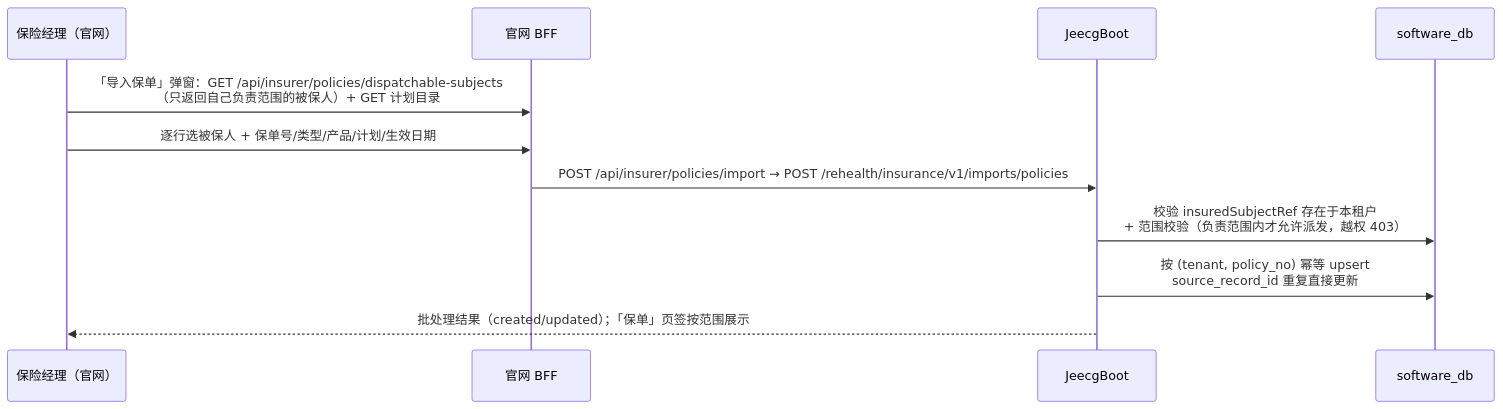
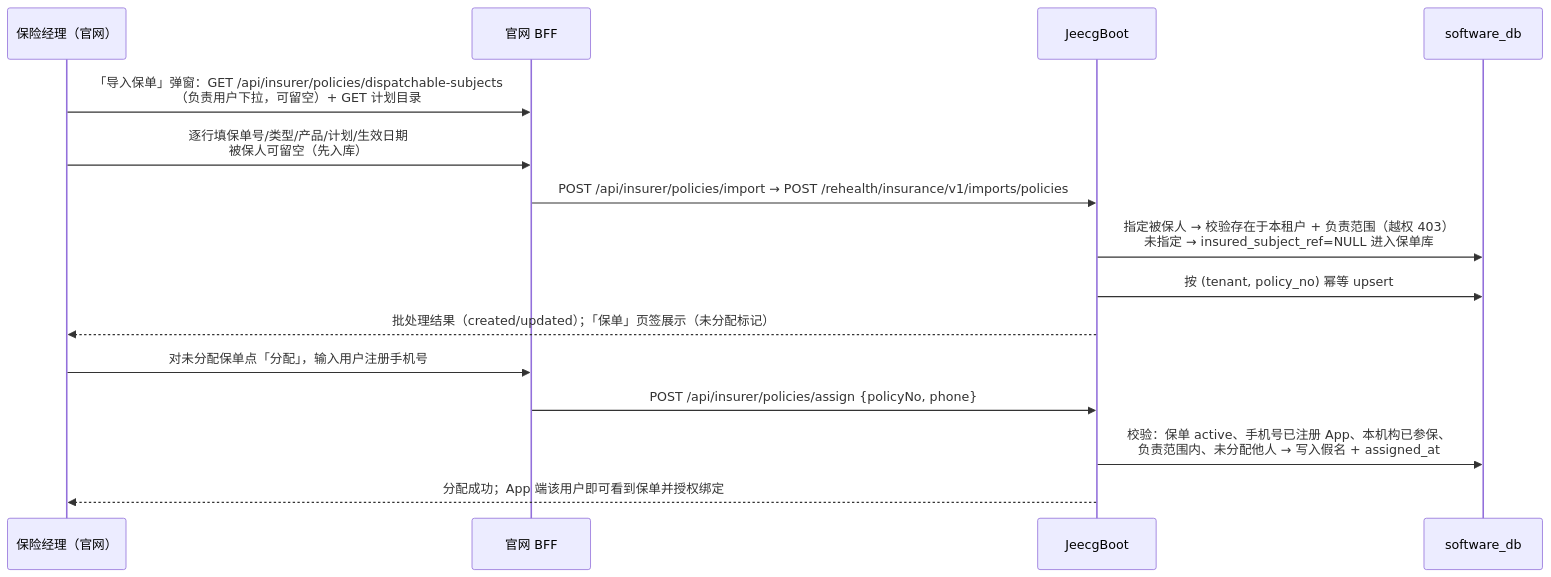
The third of 5 diagrams in docs/保险侧保单数据设计.md (wjmlong/rehealth_tongbu), drawn with Mermaid before and after one commit. The commit also changed other lines of this file and 11 other files, not shown here.

````diff
--- a/docs/保险侧保单数据设计.md
+++ b/docs/保险侧保单数据设计.md
@@ -106,13 +108,17 @@
 ```mermaid
 sequenceDiagram
     participant M as 保险经理（官网）
     participant BFF as 官网 BFF
     participant JEE as JeecgBoot
     participant DB as software_db
-    M->>BFF: 「导入保单」弹窗：GET /api/insurer/policies/dispatchable-subjects<br>（只返回自己负责范围的被保人）+ GET 计划目录
-    M->>BFF: 逐行选被保人 + 保单号/类型/产品/计划/生效日期
+    M->>BFF: 「导入保单」弹窗：GET /api/insurer/policies/dispatchable-subjects<br>（负责用户下拉，可留空）+ GET 计划目录
+    M->>BFF: 逐行填保单号/类型/产品/计划/生效日期<br>被保人可留空（先入库）
     BFF->>JEE: POST /api/insurer/policies/import → POST /rehealth/insurance/v1/imports/policies
-    JEE->>DB: 校验 insuredSubjectRef 存在于本租户<br>+ 范围校验（负责范围内才允许派发，越权 403）
-    JEE->>DB: 按 (tenant, policy_no) 幂等 upsert<br>source_record_id 重复直接更新
-    JEE-->>M: 批处理结果（created/updated）；「保单」页签按范围展示
+    JEE->>DB: 指定被保人 → 校验存在于本租户 + 负责范围（越权 403）<br>未指定 → insured_subject_ref=NULL 进入保单库
+    JEE->>DB: 按 (tenant, policy_no) 幂等 upsert
+    JEE-->>M: 批处理结果（created/updated）；「保单」页签展示（未分配标记）
+    M->>BFF: 对未分配保单点「分配」，输入用户注册手机号
+    BFF->>JEE: POST /api/insurer/policies/assign {policyNo, phone}
+    JEE->>DB: 校验：保单 active、手机号已注册 App、本机构已参保、<br>负责范围内、未分配他人 → 写入假名 + assigned_at
+    JEE-->>M: 分配成功；App 端该用户即可看到保单并授权绑定
 ```
````
